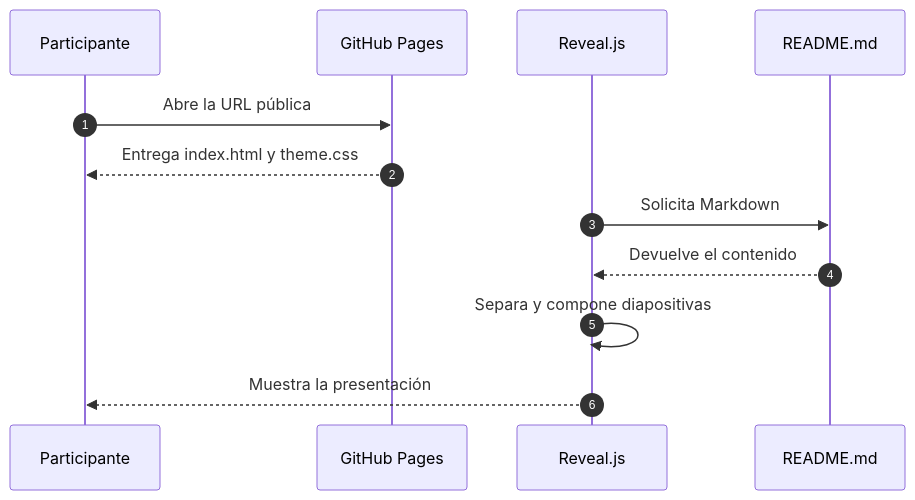
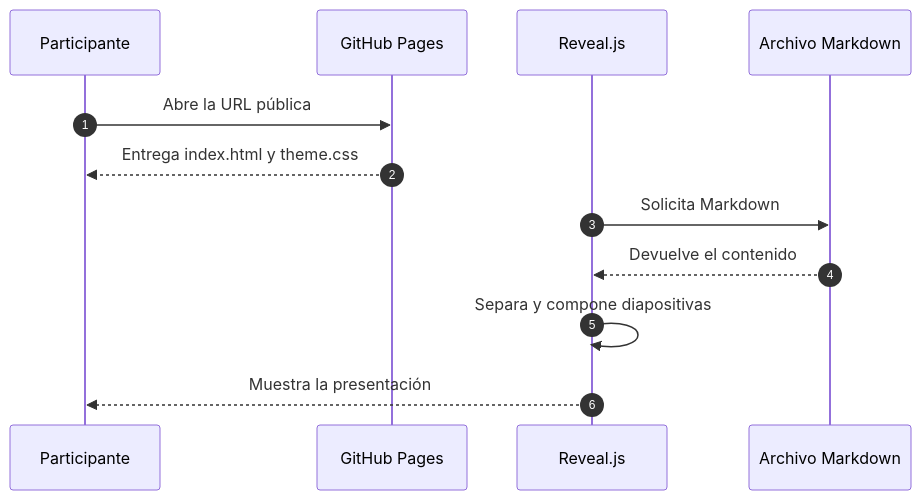
The third of 4 diagrams in README.md (jorgektch/readme-to-slides), drawn with Mermaid before and after one commit. The commit also changed other lines of this file and 6 other files, not shown here.

First line of the commit message:
fix: render Mermaid diagrams and redesign workshop cover slide

````diff
--- a/README.md
+++ b/README.md
@@ -95,14 +99,14 @@
 ```mermaid
 sequenceDiagram
     autonumber
     participant U as Participante
     participant P as GitHub Pages
     participant R as Reveal.js
-    participant M as README.md
+    participant M as Archivo Markdown
     U->>P: Abre la URL pública
     P-->>U: Entrega index.html y theme.css
     R->>M: Solicita Markdown
     M-->>R: Devuelve el contenido
     R->>R: Separa y compone diapositivas
     R-->>U: Muestra la presentación
 ```
````
